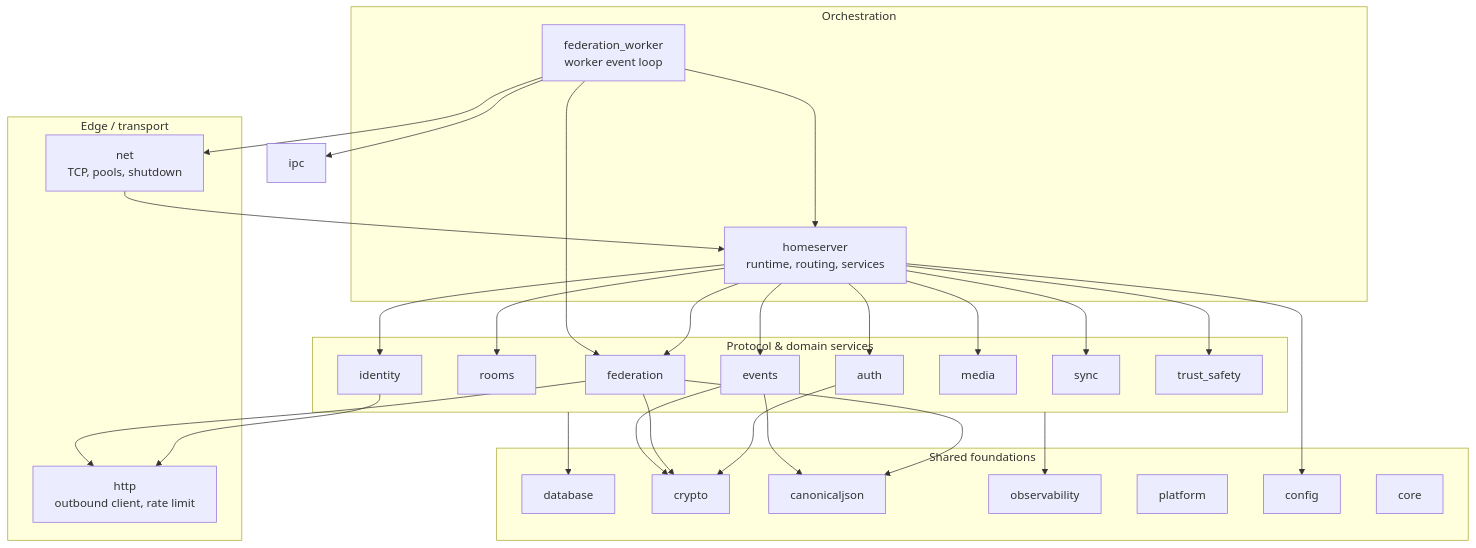
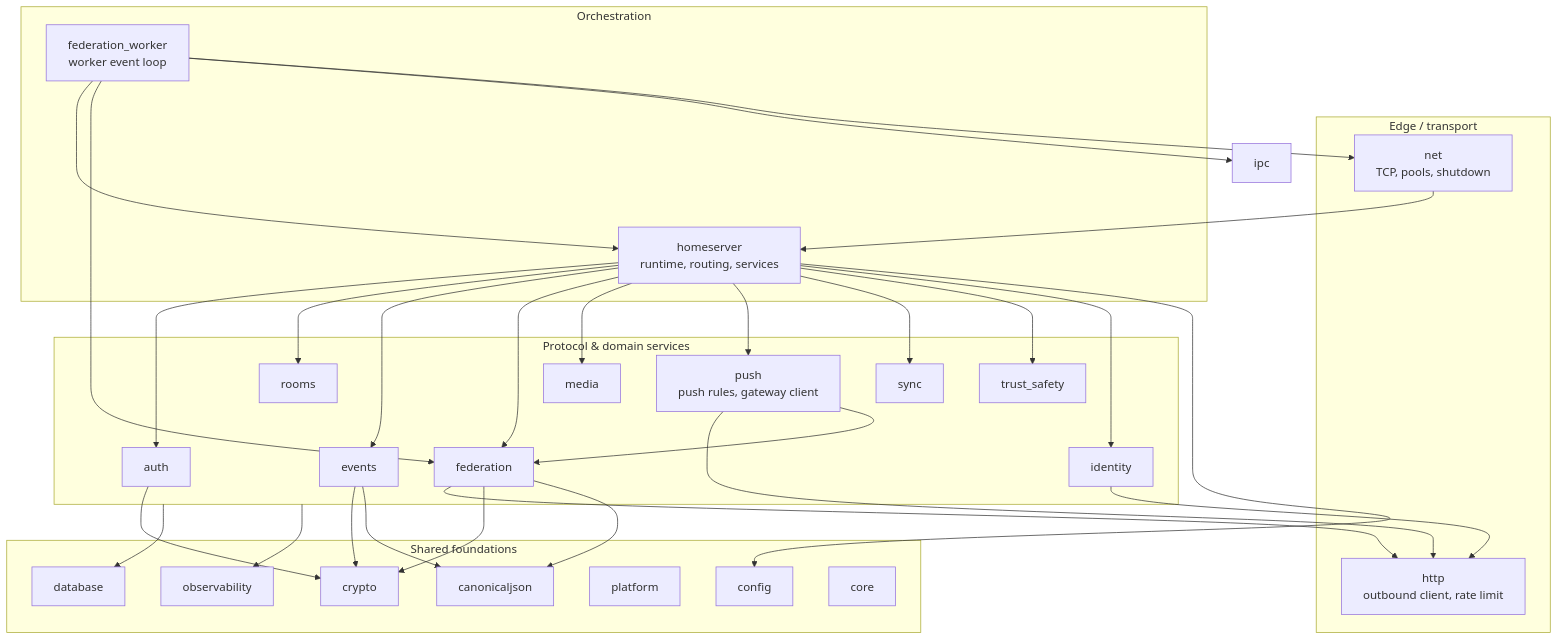
One commit to OMG-Software/Merovingian changed the second of 6 diagrams in docs/architecture.md. Above: the diagram before and after it, drawn with Mermaid. The commit also changed other lines of this file and 15 other files, not shown here.

First line of the commit message:
Wire push delivery: real pushers and Push Gateway notifications

````diff
--- a/docs/architecture.md
+++ b/docs/architecture.md
@@ -90,42 +90,44 @@
 ```mermaid
 flowchart TB
     subgraph edge["Edge / transport"]
         net["net<br/>TCP, pools, shutdown"]
         http["http<br/>outbound client, rate limit"]
     end
     subgraph orchestration["Orchestration"]
         homeserver["homeserver<br/>runtime, routing, services"]
         fedworker_mod["federation_worker<br/>worker event loop"]
     end
     subgraph services["Protocol & domain services"]
         auth["auth"]
         rooms["rooms"]
         events["events"]
         federation["federation"]
         identity["identity"]
         media["media"]
+        push["push<br/>push rules, gateway client"]
         sync["sync"]
         trust_safety["trust_safety"]
     end
     subgraph foundations["Shared foundations"]
         database["database"]
         crypto["crypto"]
         canonicaljson["canonicaljson"]
         observability["observability"]
         platform["platform"]
         config["config"]
         core["core"]
     end
 
     net --> homeserver
     fedworker_mod --> homeserver & federation & ipc & net
-    homeserver --> auth & rooms & events & federation & media & sync & trust_safety & identity
+    homeserver --> auth & rooms & events & federation & media & push & sync & trust_safety & identity
     federation --> http
     identity --> http
+    push --> http & federation
     services --> database
     events --> crypto & canonicaljson
     federation --> crypto & canonicaljson
     auth --> crypto
     services --> observability
     homeserver --> config
 ```
````
